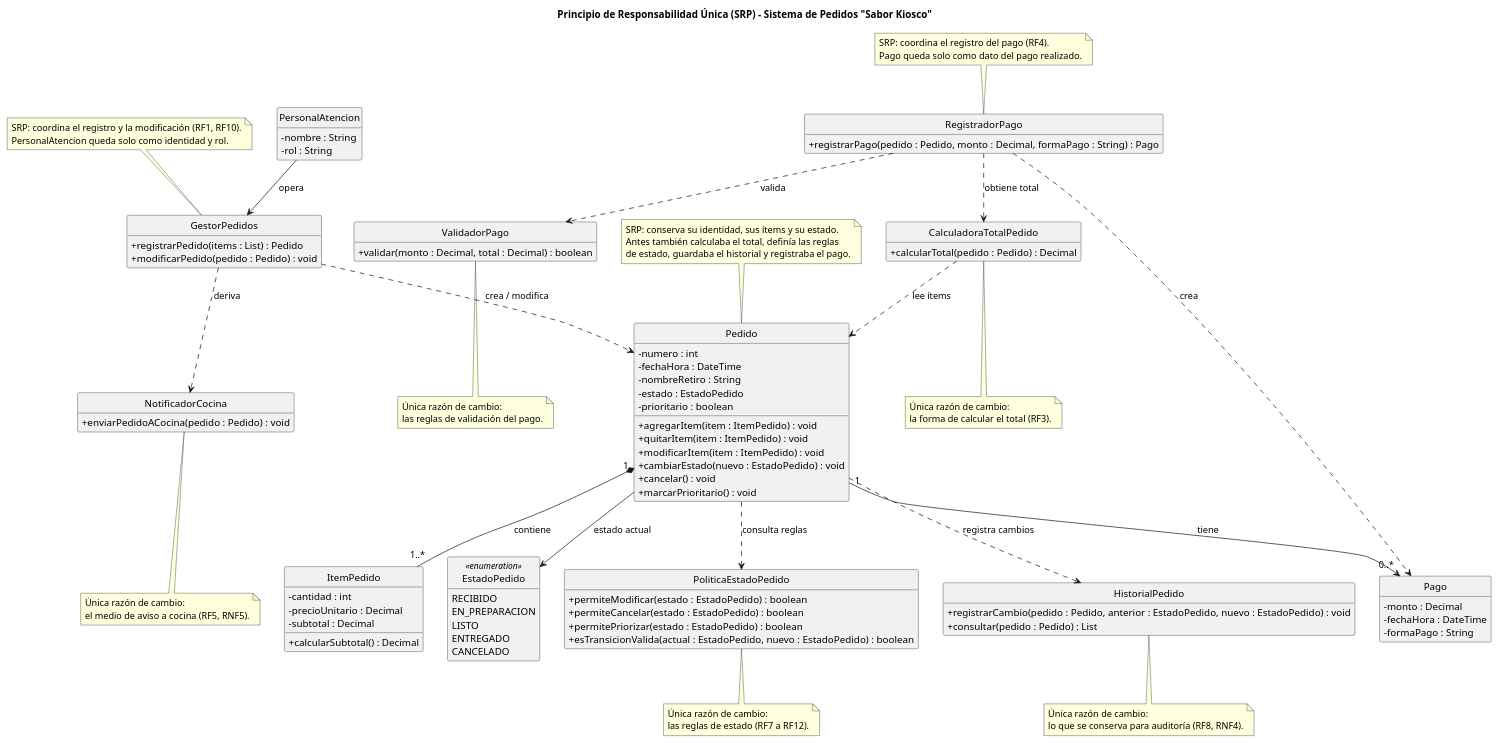
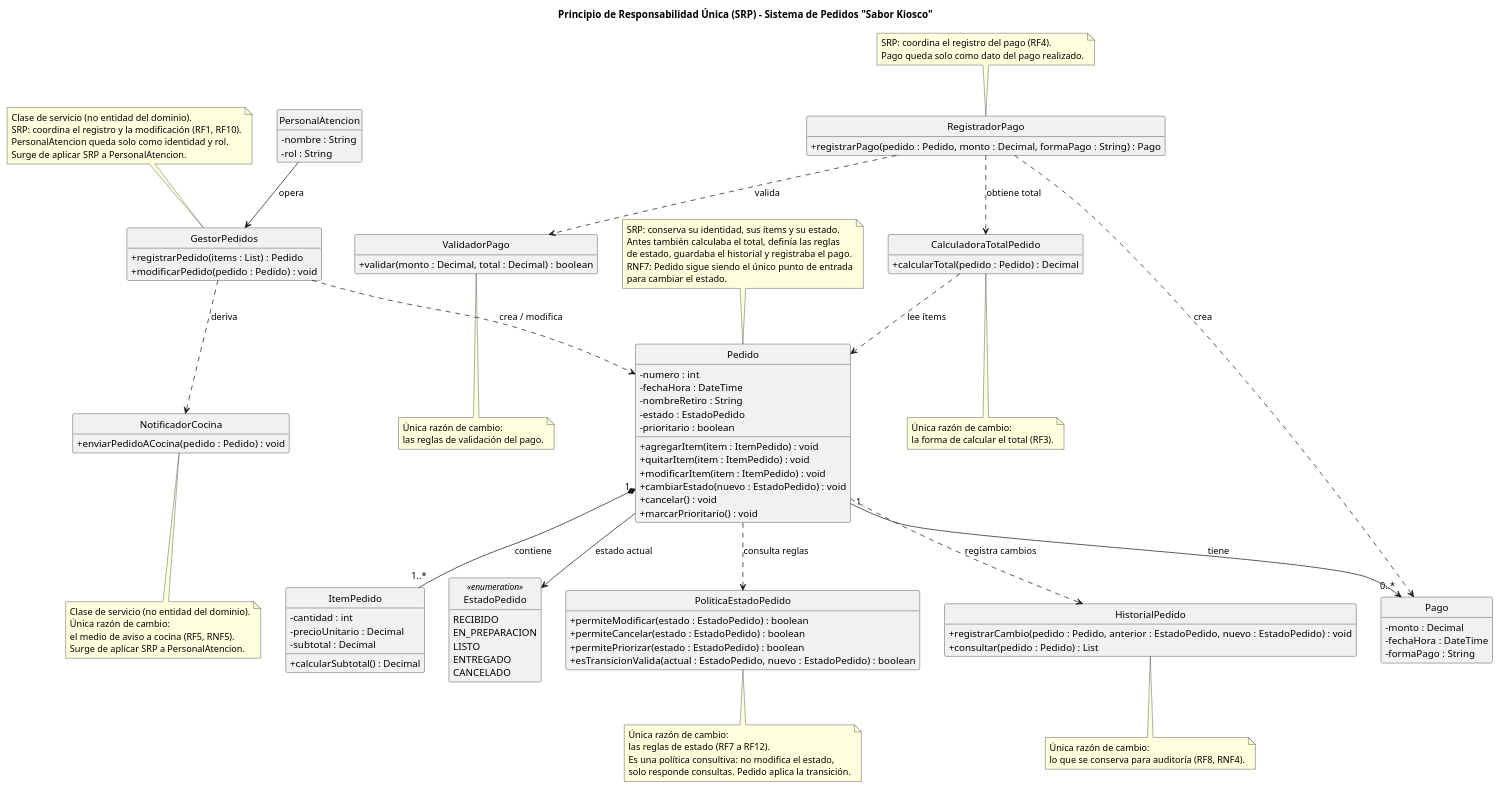
The diagram in diagramas/01-diagrama-clases/01-solid-01-srp.puml (lucasmengarelli3/SistemaPedidos), drawn with PlantUML before and after one commit. The commit also changed 3 other files, not shown here.

Commit message:
fix: resuelve RC15 (RNF7) y RC16 (clases de servicio SRP)

```diff
--- a/diagramas/01-diagrama-clases/01-solid-01-srp.puml
+++ b/diagramas/01-diagrama-clases/01-solid-01-srp.puml
@@ -1,137 +1,145 @@
-@startuml
+@startuml SRP_SistemaPedidos
 skinparam shadowing false
 skinparam classAttributeIconSize 0
 hide empty members
 hide circle
 
 title Principio de Responsabilidad Única (SRP) - Sistema de Pedidos "Sabor Kiosco"
 
 class Pedido {
   - numero : int
   - fechaHora : DateTime
   - nombreRetiro : String
   - estado : EstadoPedido
   - prioritario : boolean
   + agregarItem(item : ItemPedido) : void
   + quitarItem(item : ItemPedido) : void
   + modificarItem(item : ItemPedido) : void
   + cambiarEstado(nuevo : EstadoPedido) : void
   + cancelar() : void
   + marcarPrioritario() : void
 }
 
 class ItemPedido {
   - cantidad : int
   - precioUnitario : Decimal
   - subtotal : Decimal
   + calcularSubtotal() : Decimal
 }
 
 enum EstadoPedido <<enumeration>> {
   RECIBIDO
   EN_PREPARACION
   LISTO
   ENTREGADO
   CANCELADO
 }
 
 class PoliticaEstadoPedido {
   + permiteModificar(estado : EstadoPedido) : boolean
   + permiteCancelar(estado : EstadoPedido) : boolean
   + permitePriorizar(estado : EstadoPedido) : boolean
   + esTransicionValida(actual : EstadoPedido, nuevo : EstadoPedido) : boolean
 }
 
 class CalculadoraTotalPedido {
   + calcularTotal(pedido : Pedido) : Decimal
 }
 
 class HistorialPedido {
   + registrarCambio(pedido : Pedido, anterior : EstadoPedido, nuevo : EstadoPedido) : void
   + consultar(pedido : Pedido) : List
 }
 
 class Pago {
   - monto : Decimal
   - fechaHora : DateTime
   - formaPago : String
 }
 
 class ValidadorPago {
   + validar(monto : Decimal, total : Decimal) : boolean
 }
 
 class RegistradorPago {
   + registrarPago(pedido : Pedido, monto : Decimal, formaPago : String) : Pago
 }
 
 class PersonalAtencion {
   - nombre : String
   - rol : String
 }
 
 class GestorPedidos {
   + registrarPedido(items : List) : Pedido
   + modificarPedido(pedido : Pedido) : void
 }
 
 class NotificadorCocina {
   + enviarPedidoACocina(pedido : Pedido) : void
 }
 
 Pedido "1" *-- "1..*" ItemPedido : contiene
 Pedido --> EstadoPedido : estado actual
 Pedido ..> PoliticaEstadoPedido : consulta reglas
 Pedido ..> HistorialPedido : registra cambios
 CalculadoraTotalPedido ..> Pedido : lee ítems
 
 Pedido "1" --> "0..*" Pago : tiene
 RegistradorPago ..> Pago : crea
 RegistradorPago ..> ValidadorPago : valida
 RegistradorPago ..> CalculadoraTotalPedido : obtiene total
 
 PersonalAtencion --> GestorPedidos : opera
 GestorPedidos ..> Pedido : crea / modifica
 GestorPedidos ..> NotificadorCocina : deriva
 
 note top of Pedido
   SRP: conserva su identidad, sus ítems y su estado.
   Antes también calculaba el total, definía las reglas
   de estado, guardaba el historial y registraba el pago.
+  RNF7: Pedido sigue siendo el único punto de entrada
+  para cambiar el estado.
 end note
 
 note bottom of PoliticaEstadoPedido
   Única razón de cambio:
   las reglas de estado (RF7 a RF12).
+  Es una política consultiva: no modifica el estado,
+  solo responde consultas. Pedido aplica la transición.
 end note
 
 note bottom of CalculadoraTotalPedido
   Única razón de cambio:
   la forma de calcular el total (RF3).
 end note
 
 note bottom of HistorialPedido
   Única razón de cambio:
   lo que se conserva para auditoría (RF8, RNF4).
 end note
 
 note bottom of ValidadorPago
   Única razón de cambio:
   las reglas de validación del pago.
 end note
 
 note top of RegistradorPago
   SRP: coordina el registro del pago (RF4).
   Pago queda solo como dato del pago realizado.
 end note
 
 note bottom of NotificadorCocina
+  Clase de servicio (no entidad del dominio).
   Única razón de cambio:
   el medio de aviso a cocina (RF5, RNF5).
+  Surge de aplicar SRP a PersonalAtencion.
 end note
 
 note top of GestorPedidos
+  Clase de servicio (no entidad del dominio).
   SRP: coordina el registro y la modificación (RF1, RF10).
   PersonalAtencion queda solo como identidad y rol.
+  Surge de aplicar SRP a PersonalAtencion.
 end note
 @enduml
```
